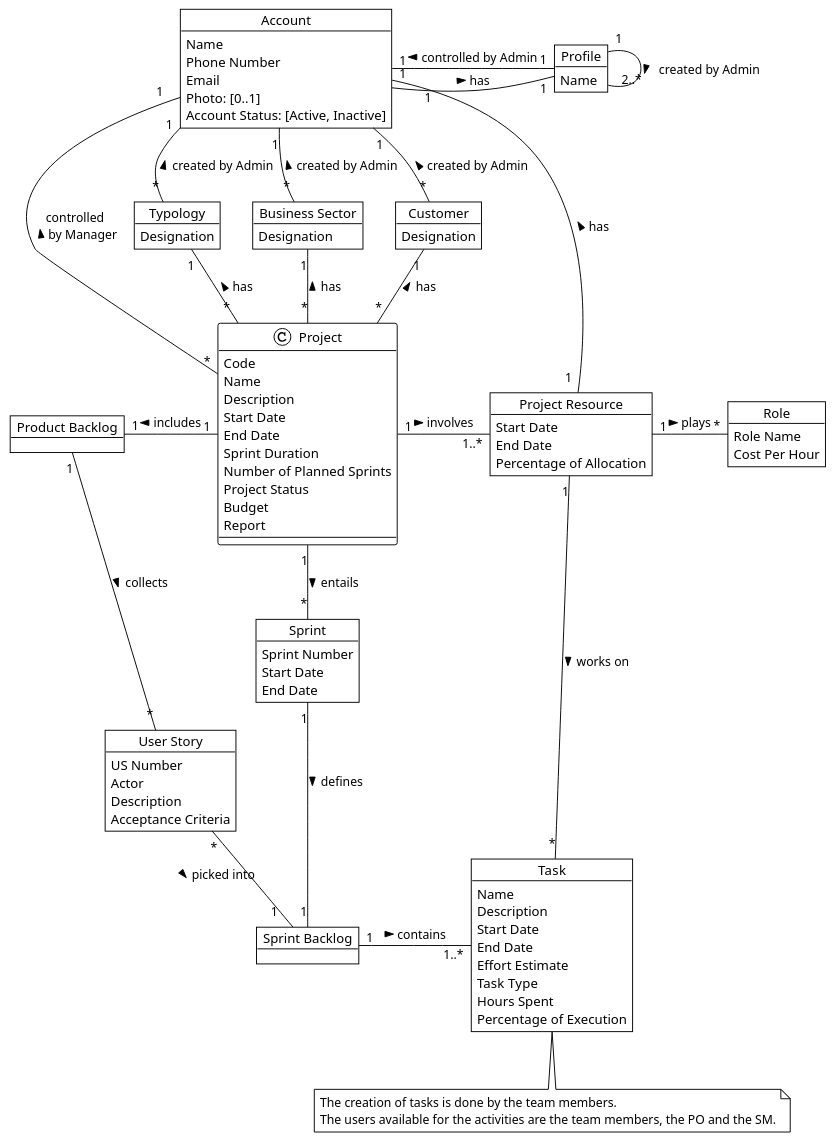
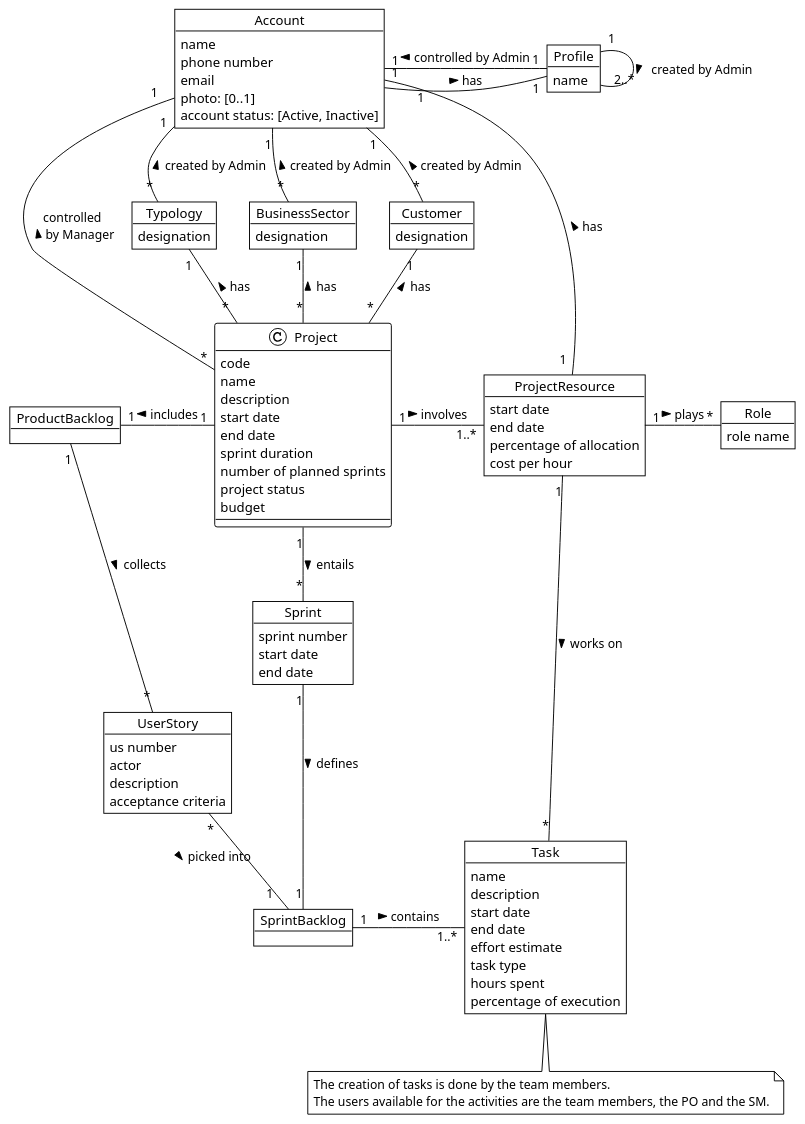
Before and after one commit to ivo-menezes/project_g3: the diagram in docs/modelling_design/domain_model_diagram/domain_model_diagram.puml, drawn with PlantUML.

Commit message:
Domain Model : Analysis : Updates

```diff
--- a/docs/modelling_design/domain_model_diagram/domain_model_diagram.puml
+++ b/docs/modelling_design/domain_model_diagram/domain_model_diagram.puml
@@ -1,142 +1,142 @@
 @startuml
 !theme plain
 
 'skinparam linetype polyline
 
 '--- part relevant to sprint 1
 
 Object Account {
-Name
-Phone Number
-Email
-Photo: [0..1]
-Account Status: [Active, Inactive]
+name
+phone number
+email
+photo: [0..1]
+account status: [Active, Inactive]
 }
 
 Object Profile {
-Name
+name
 }
 
-Object "Project Resource" as PR {
-Start Date
-End Date
-Percentage of Allocation
+Object "ProjectResource" as PR {
+start date
+end date
+percentage of allocation
+cost per hour
 }
 
 'together {
 'Object Administrator
 'Object Manager
 'Object User
 '}
 
 'Account <|-- Administrator
 'Account <|-- Manager
 'Account <|-- User
 Account "        1"-right- "    1" Profile : has >
 Account "1"-- "1" Profile : controlled by Admin <
 Account "1   " --- "*" Project : controlled \n by Manager <
 Account "1" -right- " 1  " PR : has <
 PR "1..*" -left- "1" Project : involves <
 'Profile"1" -- "*"Account : controlled by \n administrator <
 'Profile "1"-- "*"Project : created by Manager <
 'Profile"1" -- "*"User : performed by User <
 
 Object Typology {
-Designation
+designation
 }
 
 Account "1" -down-"*" Typology : created by Admin <
 Typology "1" -- "                                   *" Project : has <
 
-Object "Business Sector" as BS {
-Designation
+Object "BusinessSector" as BS {
+designation
 }
 
 Account "1" -down- "*" BS : created by Admin <
 BS "1" -- "*" Project : has <
 
 Object Customer {
-Designation
+designation
 }
 
 Account "1" -down- "*" Customer : created by Admin <
 Customer "1" -- "*" Project : has <
 
 Object Project {
-Code
-Name
-Description
-Start Date
-End Date
-Sprint Duration
-Number of Planned Sprints
-Project Status
-Budget
+code
+name
+description
+start date
+end date
+sprint duration
+number of planned sprints
+project status
+budget
 ' Report could be its own conceptual class but we are not modelling with detail yet
-Report
+'Report
 }
 
 ' following the Association Class Role pattern (Fig.11) from "Modeling Roles"
 ' Role attributes does not include Project Code because Larman says to avoid attributes that are like "foreign keys" (p.126)
 Object Role {
-Role Name
-Cost Per Hour
+role name
 }
 
 
 ' here "Controls" includes "creates,lists,changes profile, activates, inactivates"
 ' following Larman p.113 to be parsimonious about associations
 'Administrator "1" -up- "*" Account : Controls >
 'Manager "1" -down- "*" Project : Manages >
 'User "1" -down- "*" Role: Performs >
 
 
 
 '--- additional stuff, not much detail for sprint 1
 ' put enduml tag before this comment to shorten diagram
-Object "Product Backlog" as PB
+Object "ProductBacklog" as PB
 
-Object "User Story" as US {
-US Number
-Actor
-Description
-Acceptance Criteria
+Object "UserStory" as US {
+us number
+actor
+description
+acceptance criteria
 }
 
 Object Sprint {
-Sprint Number
-Start Date
-End Date
+sprint number
+start date
+end date
 }
 
-Object "Sprint Backlog" as SB
+Object "SprintBacklog" as SB
 
 Object Task {
-Name
-Description
-Start Date
-End Date
-Effort Estimate
-Task Type
-Hours Spent
-Percentage of Execution
+name
+description
+start date
+end date
+effort estimate
+task type
+hours spent
+percentage of execution
 }
 
 
 Profile "1" -down- "  2..*" Profile: created by Admin >
 Project "1" -down- "*" Sprint: entails >
 Project "1" -left- "1" PB: includes >
 PB "1" -down- "*" US: collects >
 Sprint "1" -down- "1" SB: defines >
 US "*" -right- "                      1" SB: picked into >
 
 PR "1" -right- "*" Role : plays >
 SB "1" -right- "   1..*" Task: contains >
 PR "1" -down- "*" Task: works on >
 'note on link: The creation of tasks is done by the team members.\nThe users available for the activities are the team members, the PO and the SM.
 
 
 note "The creation of tasks is done by the team members.\nThe users available for the activities are the team members, the PO and the SM." as N1
 Task .down. N1
 
 @enduml
```
